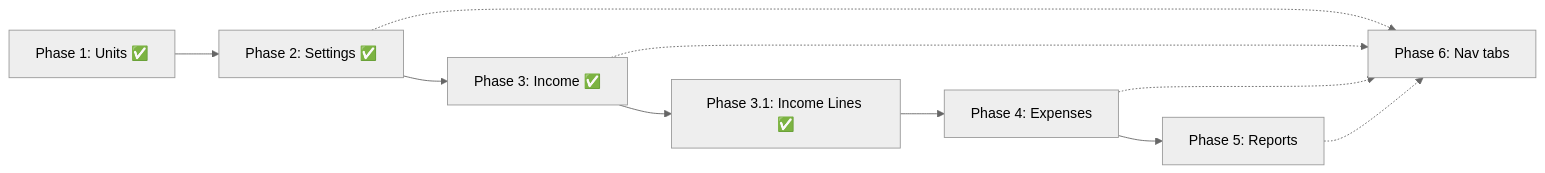
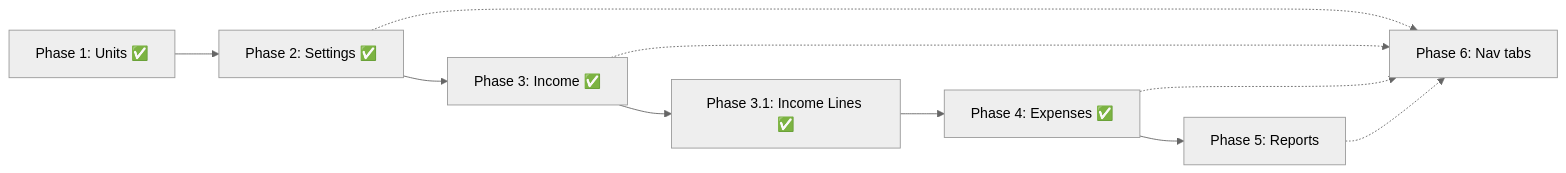
The diagram in docs/PROPERTY_ACCOUNTING_PHASES.md (kurucaner/tenanto), drawn with Mermaid (neutral theme) before and after one commit. The commit also changed other lines of this file and 17 other files, not shown here.

Commit message:
feat: phase 4 property expenses with category validation and expenses tab

````diff
--- a/docs/PROPERTY_ACCOUNTING_PHASES.md
+++ b/docs/PROPERTY_ACCOUNTING_PHASES.md
@@ -272,15 +273,15 @@
 ```mermaid
 flowchart LR
   P1["Phase 1: Units ✅"]
   P2["Phase 2: Settings ✅"]
   P3["Phase 3: Income ✅"]
   P31["Phase 3.1: Income Lines ✅"]
-  P4["Phase 4: Expenses"]
+  P4["Phase 4: Expenses ✅"]
   P5["Phase 5: Reports"]
   P6["Phase 6: Nav tabs"]
   P1 --> P2 --> P3 --> P31 --> P4 --> P5
   P2 -.-> P6
   P3 -.-> P6
   P4 -.-> P6
   P5 -.-> P6
 ```
````
